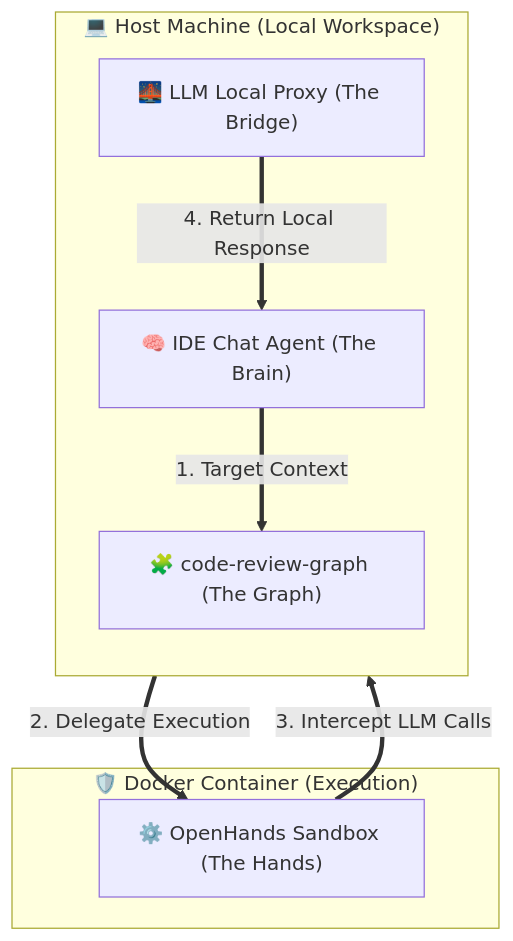
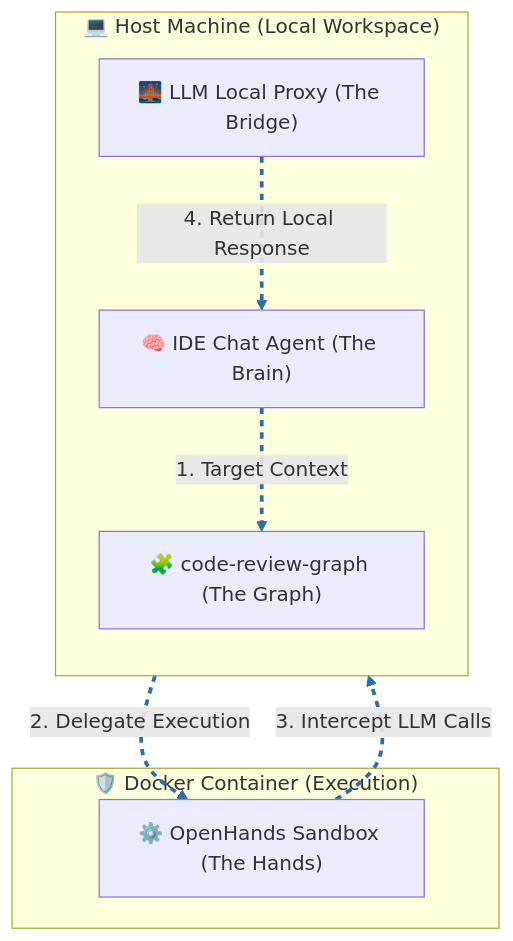
The diagram in README.md (Yuggohel2/mcp-collaborative-system), drawn with Mermaid before and after one commit. The commit also changed other lines of this file, not shown here.

Commit message:
docs: add animated flowing lines to system architecture diagram

````diff
--- a/README.md
+++ b/README.md
@@ -8,17 +16,22 @@
 ```mermaid
 flowchart TB
     subgraph Host ["💻 Host Machine (Local Workspace)"]
         direction TB
         Brain["🧠 IDE Chat Agent (The Brain)"]
         Graph["🧩 code-review-graph (The Graph)"]
         Proxy["🌉 LLM Local Proxy (The Bridge)"]
     end
     subgraph Sandbox ["🛡️ Docker Container (Execution)"]
         Hands["⚙️ OpenHands Sandbox (The Hands)"]
     end
 
-    Brain ==>|1. Target Context| Graph
-    Brain ==>|2. Delegate Execution| Hands
-    Hands ==>|3. Intercept LLM Calls| Proxy
-    Proxy ==>|4. Return Local Response| Brain
+    Brain -->|1. Target Context| Graph
+    Brain -->|2. Delegate Execution| Hands
+    Hands -->|3. Intercept LLM Calls| Proxy
+    Proxy -->|4. Return Local Response| Brain
+
+    linkStyle 0 stroke:#2b6cb0,stroke-width:3px,stroke-dasharray:5,animation:dash 1s linear infinite;
+    linkStyle 1 stroke:#2b6cb0,stroke-width:3px,stroke-dasharray:5,animation:dash 1s linear infinite;
+    linkStyle 2 stroke:#2b6cb0,stroke-width:3px,stroke-dasharray:5,animation:dash 1s linear infinite;
+    linkStyle 3 stroke:#2b6cb0,stroke-width:3px,stroke-dasharray:5,animation:dash 1s linear infinite;
 ```
````
